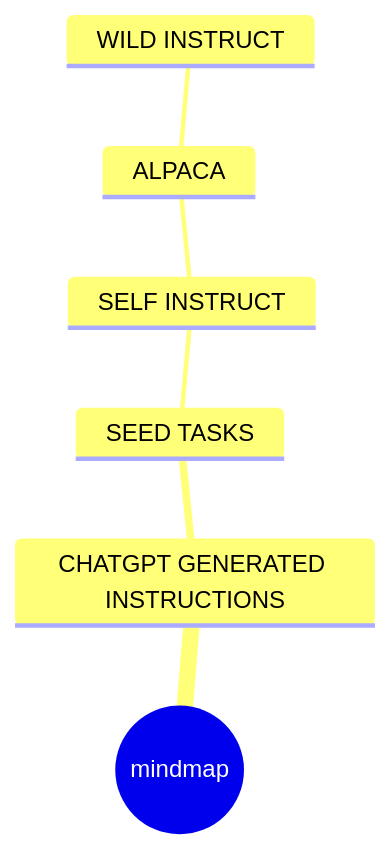
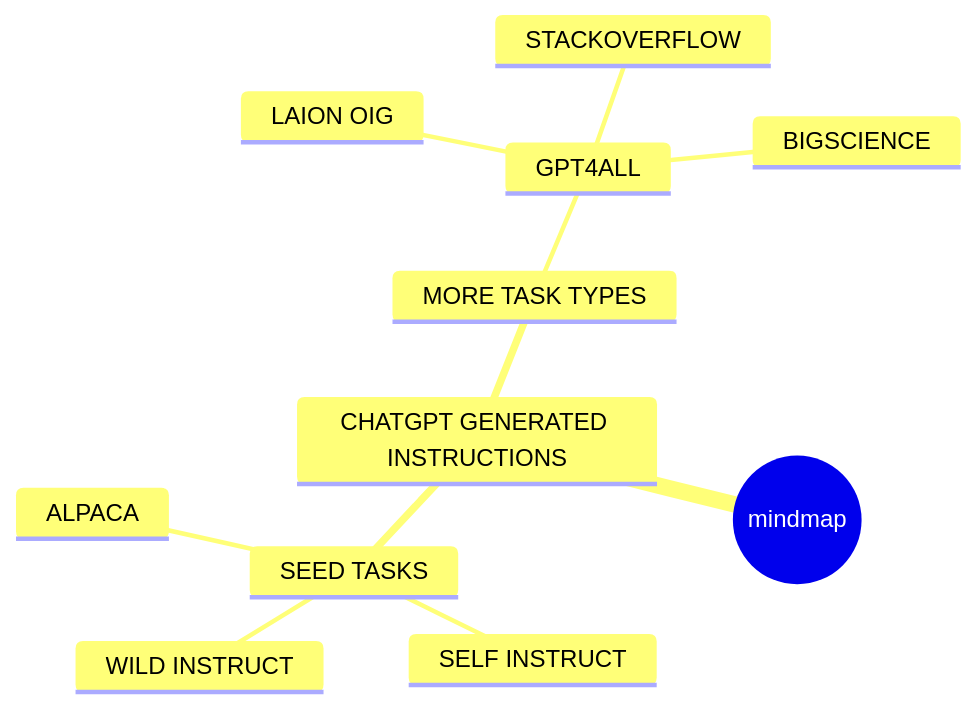
The diagram in README.md (langbridgeai/Open-Instructions), drawn with Mermaid before and after one commit.

````diff
--- a/README.md
+++ b/README.md
@@ -62,10 +62,15 @@
 ```mermaid
 mindmap
   root((mindmap))
     CHATGPT GENERATED INSTRUCTIONS
         SEED TASKS
             SELF INSTRUCT
-                ALPACA
-                    WILD INSTRUCT
+            ALPACA
+            WILD INSTRUCT
+        MORE TASK TYPES
+            GPT4ALL
+                LAION OIG
+                STACKOVERFLOW
+                BIGSCIENCE
 
 ```
````
